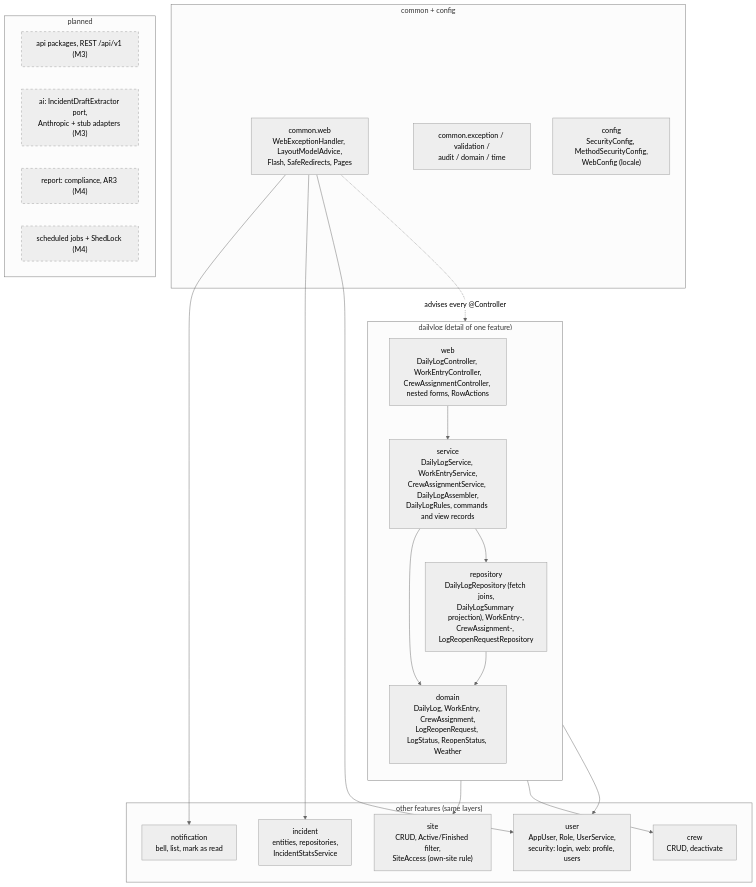
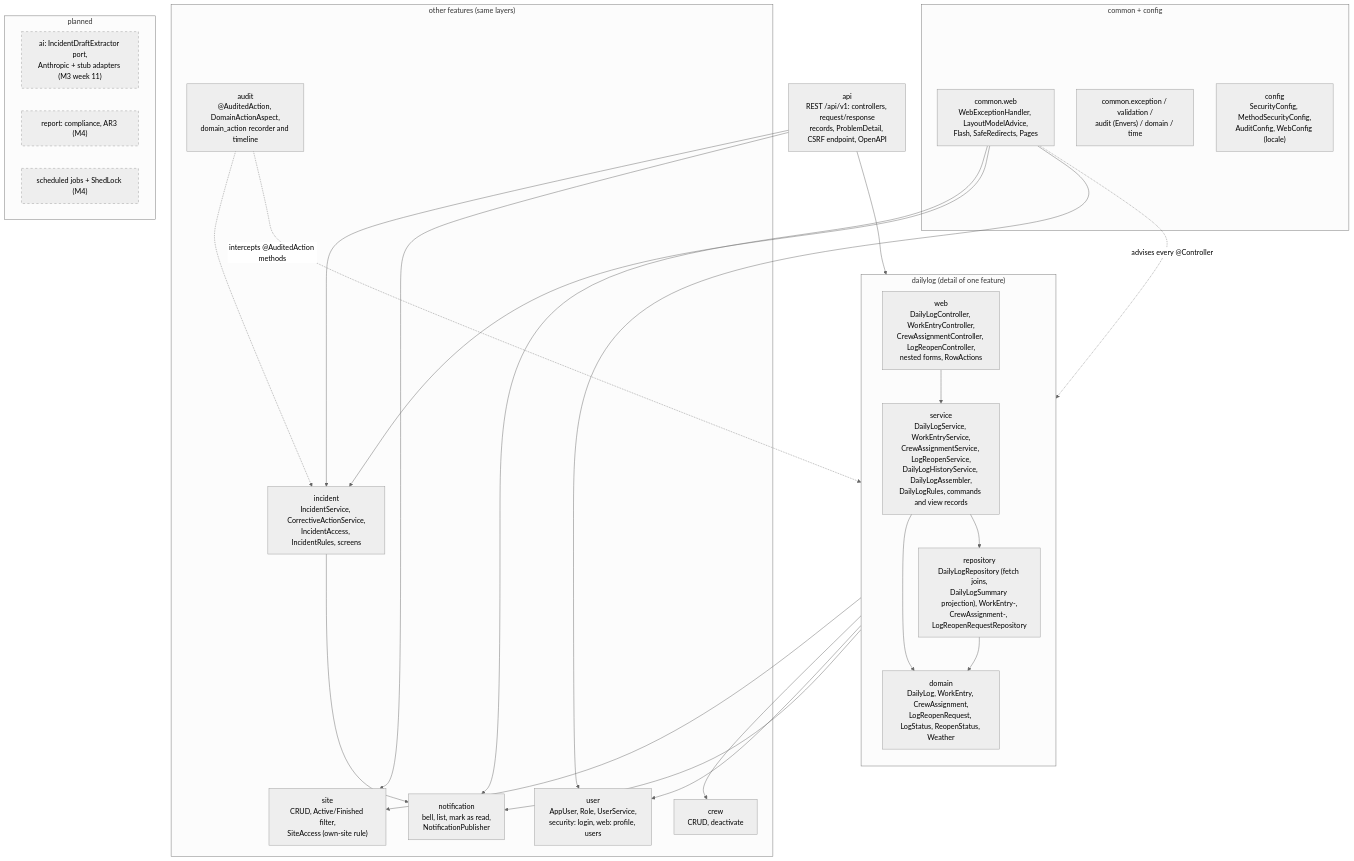
The third of 12 diagrams in docs/architecture/overview.md (ceciliagalvaoo/SiteLog), drawn with Mermaid (neutral theme) before and after one commit. The commit also changed other lines of this file and 5 other files, not shown here.

Commit message:
docs: document REST API, audited reopen, incident workflow and domain action aspect

````diff
--- a/docs/architecture/overview.md
+++ b/docs/architecture/overview.md
@@ -102,44 +106,53 @@
 ```mermaid
 flowchart TB
     subgraph dailylog["dailylog (detail of one feature)"]
         direction TB
-        dl_web["web<br/>DailyLogController, WorkEntryController,<br/>CrewAssignmentController, nested forms, RowActions"]
-        dl_service["service<br/>DailyLogService, WorkEntryService,<br/>CrewAssignmentService, DailyLogAssembler,<br/>DailyLogRules, commands and view records"]
+        dl_web["web<br/>DailyLogController, WorkEntryController,<br/>CrewAssignmentController, LogReopenController,<br/>nested forms, RowActions"]
+        dl_service["service<br/>DailyLogService, WorkEntryService,<br/>CrewAssignmentService, LogReopenService,<br/>DailyLogHistoryService, DailyLogAssembler,<br/>DailyLogRules, commands and view records"]
         dl_repo["repository<br/>DailyLogRepository (fetch joins,<br/>DailyLogSummary projection), WorkEntry-,<br/>CrewAssignment-, LogReopenRequestRepository"]
         dl_domain["domain<br/>DailyLog, WorkEntry, CrewAssignment,<br/>LogReopenRequest, LogStatus, ReopenStatus, Weather"]
         dl_web --> dl_service
         dl_service --> dl_repo
         dl_service --> dl_domain
         dl_repo --> dl_domain
     end
 
     subgraph features["other features (same layers)"]
         site["site<br/>CRUD, Active/Finished filter,<br/>SiteAccess (own-site rule)"]
         crew["crew<br/>CRUD, deactivate"]
-        notification["notification<br/>bell, list, mark as read"]
-        incident["incident<br/>entities, repositories,<br/>IncidentStatsService"]
+        notification["notification<br/>bell, list, mark as read,<br/>NotificationPublisher"]
+        incident["incident<br/>IncidentService, CorrectiveActionService,<br/>IncidentAccess, IncidentRules, screens"]
         user["user<br/>AppUser, Role, UserService,<br/>security: login, web: profile, users"]
+        audit["audit<br/>@AuditedAction, DomainActionAspect,<br/>domain_action recorder and timeline"]
     end
+
+    api["api<br/>REST /api/v1: controllers, request/response<br/>records, ProblemDetail, CSRF endpoint, OpenAPI"]
 
     subgraph common["common + config"]
         c_web["common.web<br/>WebExceptionHandler, LayoutModelAdvice,<br/>Flash, SafeRedirects, Pages"]
-        c_other["common.exception / validation /<br/>audit / domain / time"]
-        config["config<br/>SecurityConfig, MethodSecurityConfig,<br/>WebConfig (locale)"]
+        c_other["common.exception / validation /<br/>audit (Envers) / domain / time"]
+        config["config<br/>SecurityConfig, MethodSecurityConfig,<br/>AuditConfig, WebConfig (locale)"]
     end
 
     subgraph planned["planned"]
-        api["api packages, REST /api/v1 (M3)"]:::planned
-        ai["ai: IncidentDraftExtractor port,<br/>Anthropic + stub adapters (M3)"]:::planned
+        ai["ai: IncidentDraftExtractor port,<br/>Anthropic + stub adapters (M3 week 11)"]:::planned
         report["report: compliance, AR3 (M4)"]:::planned
         jobs["scheduled jobs + ShedLock (M4)"]:::planned
     end
 
+    api --> dl_service
+    api --> incident
+    api --> site
     dl_service --> site
     dl_service --> crew
     dl_service --> user
+    dl_service --> notification
+    incident --> notification
+    audit -.->|"intercepts @AuditedAction methods"| dl_service
+    audit -.-> incident
     c_web --> notification
     c_web --> incident
     c_web --> user
     c_web -.->|"advises every @Controller"| dl_web
     classDef planned stroke-dasharray: 5 5
 ```
````
